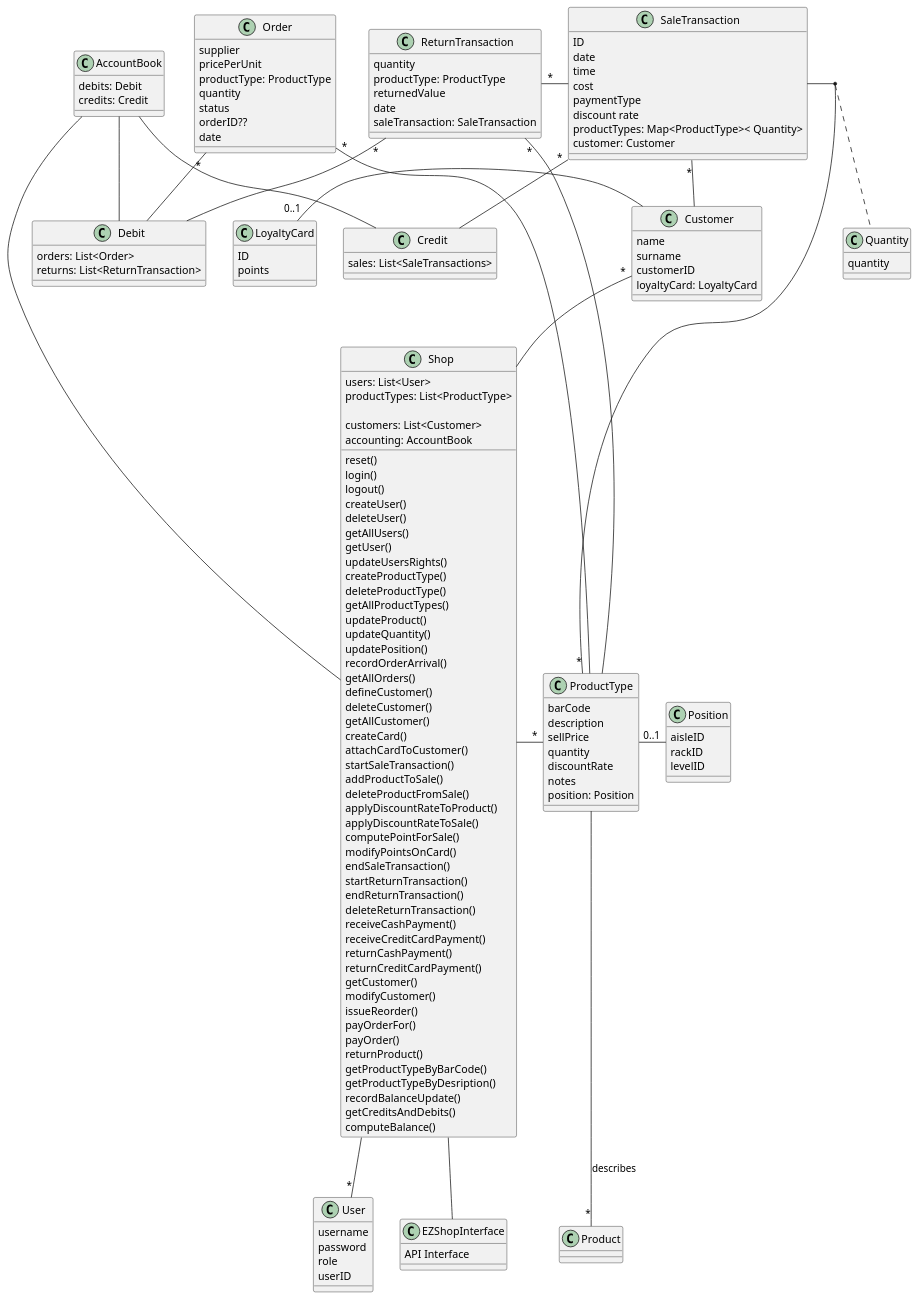
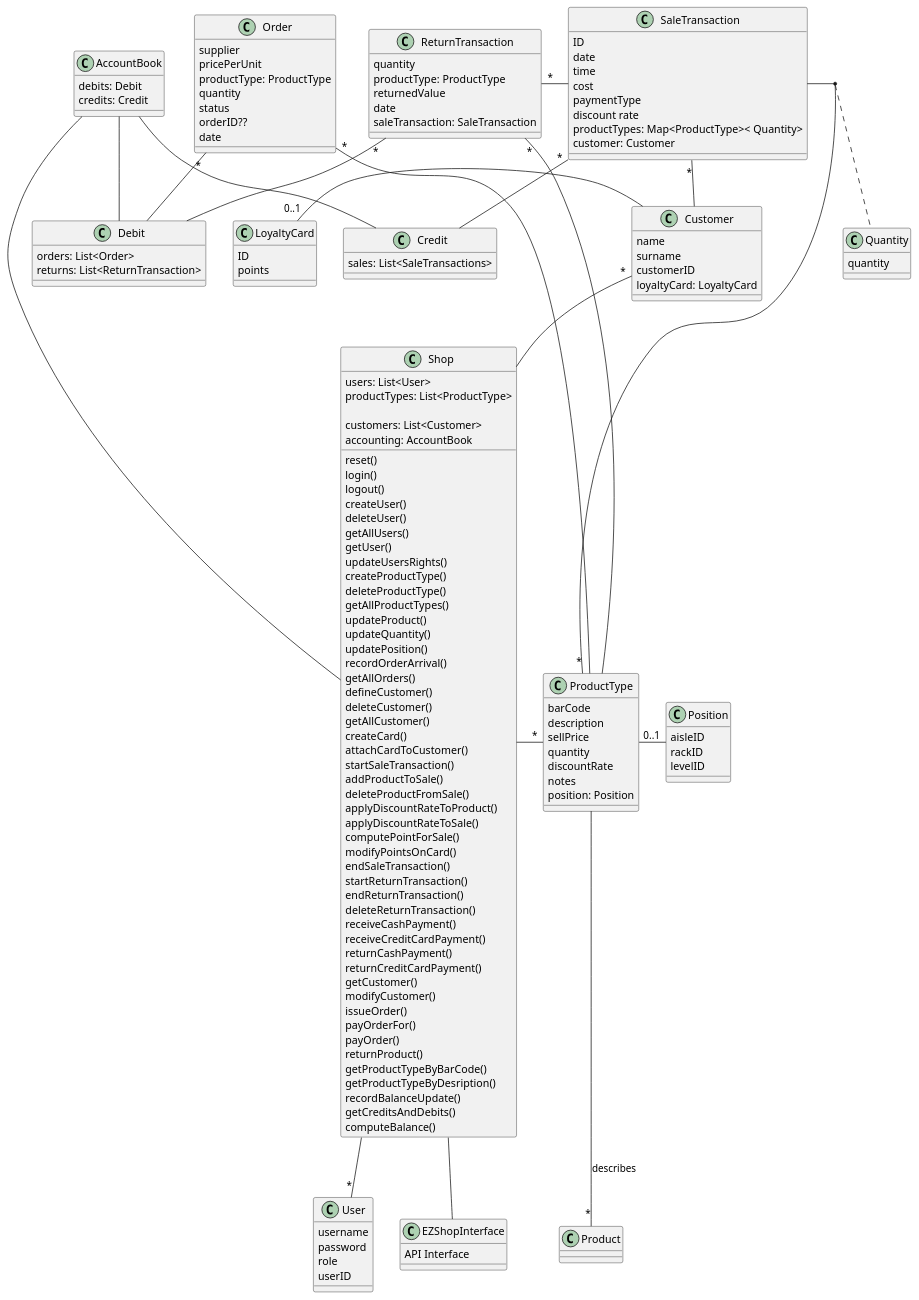
One commit to b3xul/ezshop changed the second of 4 diagrams in Deliverables/DesignDocument.md. Above: the diagram before and after it, drawn with PlantUML.

```diff
--- a/Deliverables/DesignDocument.md
+++ b/Deliverables/DesignDocument.md
@@ -102,7 +102,7 @@
     returnCreditCardPayment()
     getCustomer()
     modifyCustomer()
-    issueReorder()
+    issueOrder()
     payOrderFor()
     payOrder()
     returnProduct()
```
